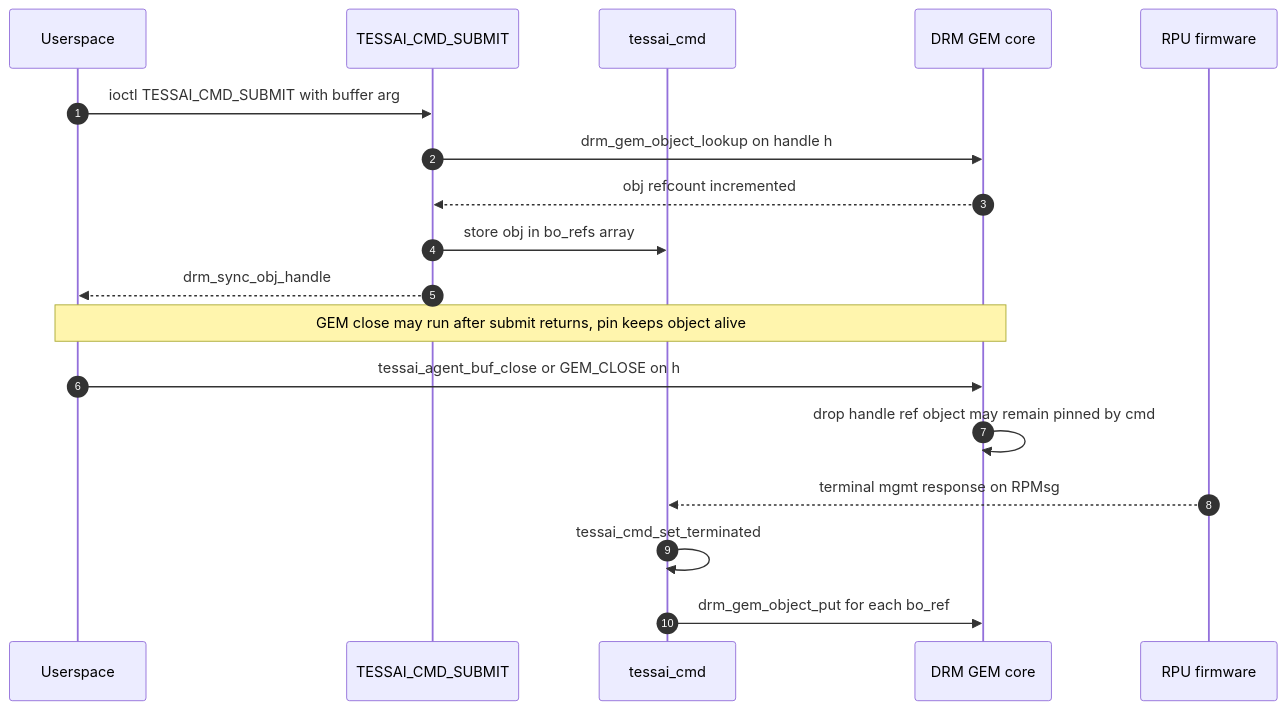
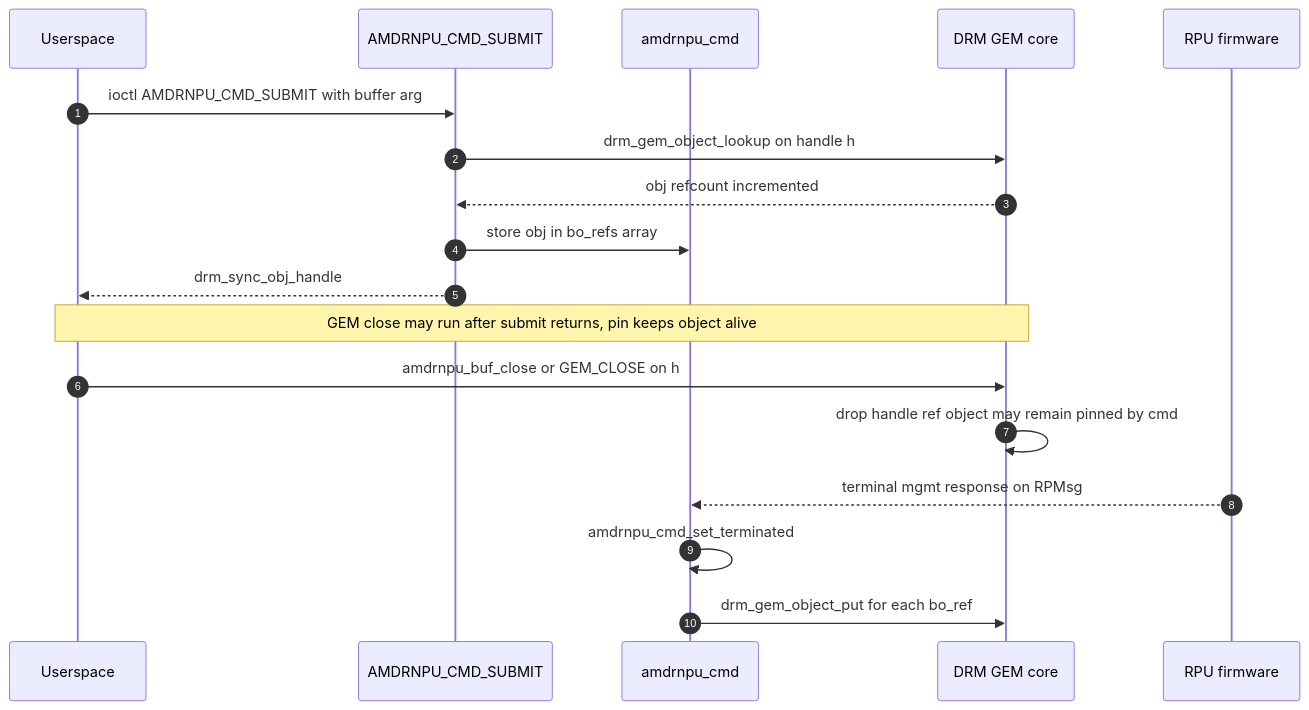
Before and after one commit to Xilinx/amdrnpu: the fifth of 6 diagrams in docs/buffer-management.md, drawn with Mermaid. The commit also changed other lines of this file and 107 other files, not shown here.

Commit message:
Change all tessai references to amdrnpu

````diff
--- a/docs/buffer-management.md
+++ b/docs/buffer-management.md
@@ -178,23 +178,23 @@
 ```mermaid
 sequenceDiagram
     autonumber
     participant U as Userspace
-    participant SUB as TESSAI_CMD_SUBMIT
-    participant CMD as tessai_cmd
+    participant SUB as AMDRNPU_CMD_SUBMIT
+    participant CMD as amdrnpu_cmd
     participant CORE as DRM GEM core
     participant RPU as RPU firmware
 
-    U->>SUB: ioctl TESSAI_CMD_SUBMIT with buffer arg
+    U->>SUB: ioctl AMDRNPU_CMD_SUBMIT with buffer arg
     SUB->>CORE: drm_gem_object_lookup on handle h
     CORE-->>SUB: obj refcount incremented
     SUB->>CMD: store obj in bo_refs array
     SUB-->>U: drm_sync_obj_handle
 
     Note over U,CORE: GEM close may run after submit returns, pin keeps object alive
-    U->>CORE: tessai_agent_buf_close or GEM_CLOSE on h
+    U->>CORE: amdrnpu_buf_close or GEM_CLOSE on h
     CORE->>CORE: drop handle ref object may remain pinned by cmd
 
     RPU-->>CMD: terminal mgmt response on RPMsg
-    CMD->>CMD: tessai_cmd_set_terminated
+    CMD->>CMD: amdrnpu_cmd_set_terminated
     CMD->>CORE: drm_gem_object_put for each bo_ref
 ```
````
